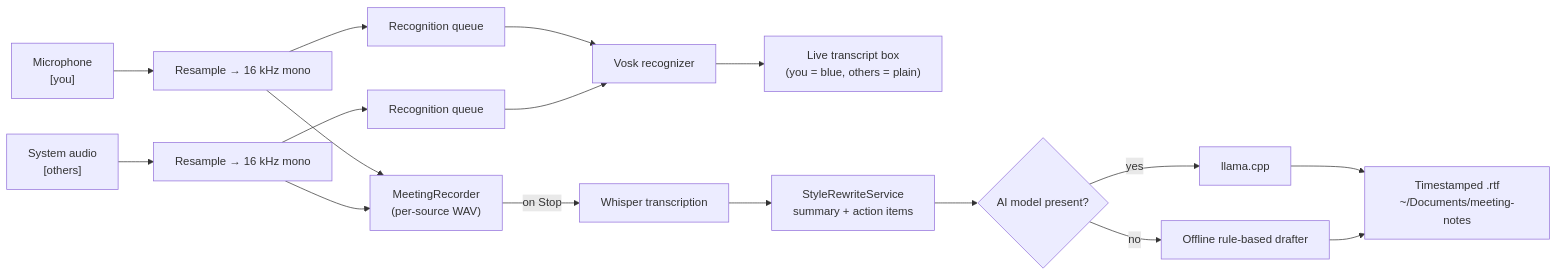
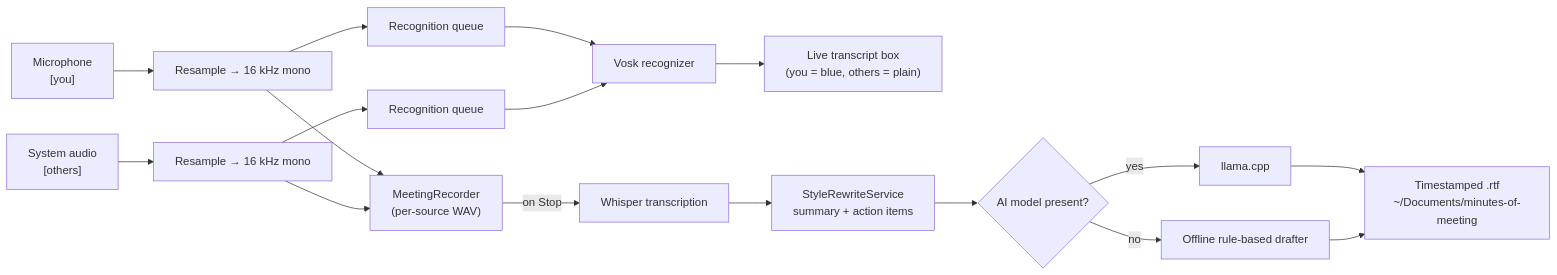
The third of 5 diagrams in docs/ARCHITECTURE.md (marutisridharjob/ai-assist), drawn with Mermaid before and after one commit. The commit also changed other lines of this file and 12 other files, not shown here.

````diff
--- a/docs/ARCHITECTURE.md
+++ b/docs/ARCHITECTURE.md
@@ -126,20 +126,20 @@
 ```mermaid
 flowchart LR
     MIC["Microphone<br/>[you]"] --> RES1["Resample → 16 kHz mono"]
     SYS["System audio<br/>[others]"] --> RES2["Resample → 16 kHz mono"]
     RES1 --> REC["MeetingRecorder<br/>(per-source WAV)"]
     RES2 --> REC
     RES1 --> Q1["Recognition queue"]
     RES2 --> Q2["Recognition queue"]
     Q1 --> VOSK["Vosk recognizer"]
     Q2 --> VOSK
     VOSK --> BOX["Live transcript box<br/>(you = blue, others = plain)"]
 
     REC -->|"on Stop"| WHISPER["Whisper transcription"]
     WHISPER --> DRAFT["StyleRewriteService<br/>summary + action items"]
     DRAFT --> LLMD{"AI model present?"}
     LLMD -->|yes| LLAMA["llama.cpp"]
     LLMD -->|no| RULES["Offline rule-based drafter"]
-    LLAMA --> FILE["Timestamped .rtf<br/>~/Documents/meeting-notes"]
+    LLAMA --> FILE["Timestamped .rtf<br/>~/Documents/minutes-of-meeting"]
     RULES --> FILE
 ```
````
